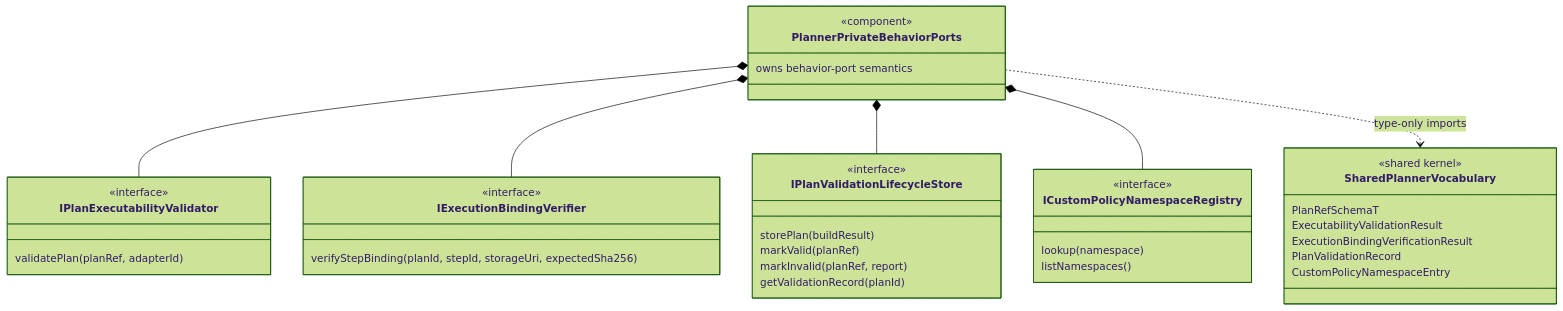
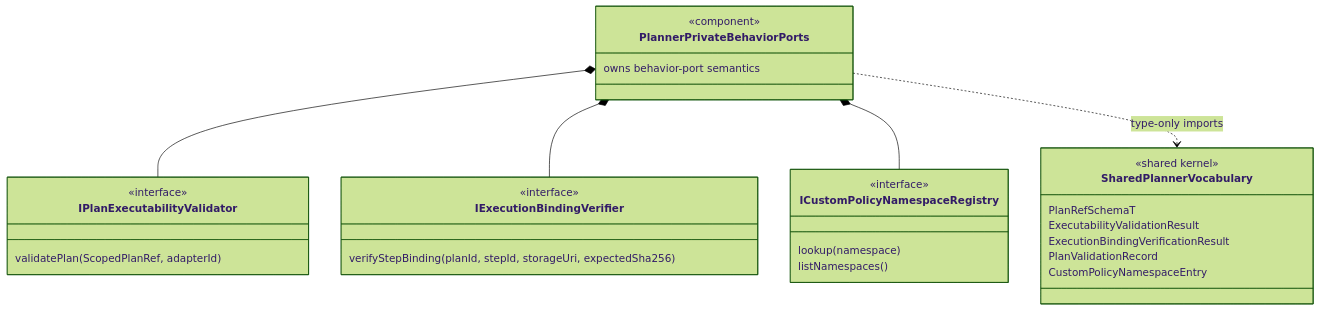
The first of 4 diagrams in docs/architecture/components/planner/planner-private-behavior-ports-component.md (dunay2/dvt), drawn with Mermaid (forest theme) before and after one commit. The commit also changed other lines of this file and 32 other files, not shown here.

Commit message:
docs(docs): Document scoped plan-store ownership

````diff
--- a/docs/architecture/components/planner/planner-private-behavior-ports-component.md
+++ b/docs/architecture/components/planner/planner-private-behavior-ports-component.md
@@ -49,46 +44,37 @@
 ```mermaid
 classDiagram
   class PlannerPrivateBehaviorPorts {
     <<component>>
     owns behavior-port semantics
   }
 
   class IPlanExecutabilityValidator {
     <<interface>>
-    validatePlan(planRef, adapterId)
+    validatePlan(ScopedPlanRef, adapterId)
   }
 
   class IExecutionBindingVerifier {
     <<interface>>
     verifyStepBinding(planId, stepId, storageUri, expectedSha256)
-  }
-
-  class IPlanValidationLifecycleStore {
-    <<interface>>
-    storePlan(buildResult)
-    markValid(planRef)
-    markInvalid(planRef, report)
-    getValidationRecord(planId)
   }
 
   class ICustomPolicyNamespaceRegistry {
     <<interface>>
     lookup(namespace)
     listNamespaces()
   }
 
   class SharedPlannerVocabulary {
     <<shared kernel>>
     PlanRefSchemaT
     ExecutabilityValidationResult
     ExecutionBindingVerificationResult
     PlanValidationRecord
     CustomPolicyNamespaceEntry
   }
 
   PlannerPrivateBehaviorPorts *-- IPlanExecutabilityValidator
   PlannerPrivateBehaviorPorts *-- IExecutionBindingVerifier
-  PlannerPrivateBehaviorPorts *-- IPlanValidationLifecycleStore
   PlannerPrivateBehaviorPorts *-- ICustomPolicyNamespaceRegistry
   PlannerPrivateBehaviorPorts ..> SharedPlannerVocabulary : type-only imports
 ```
````
